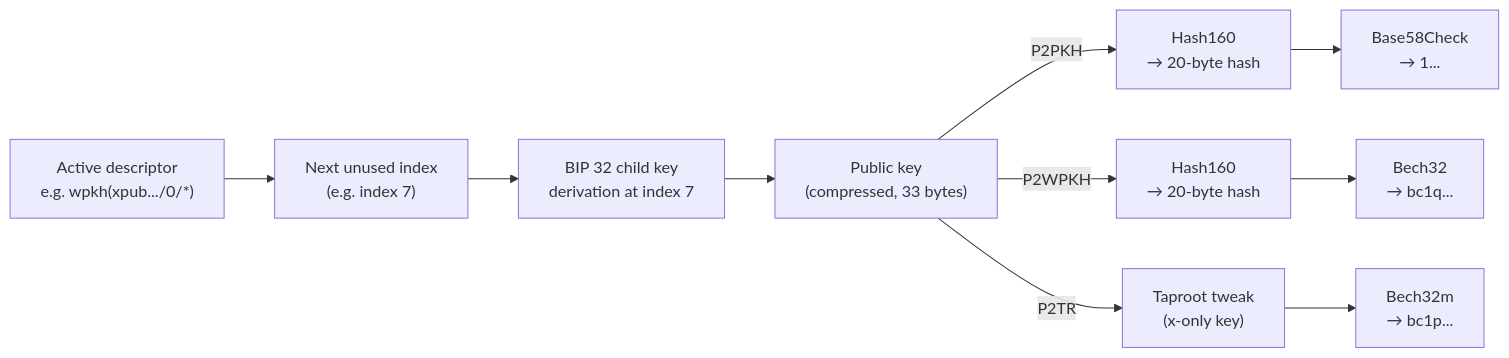
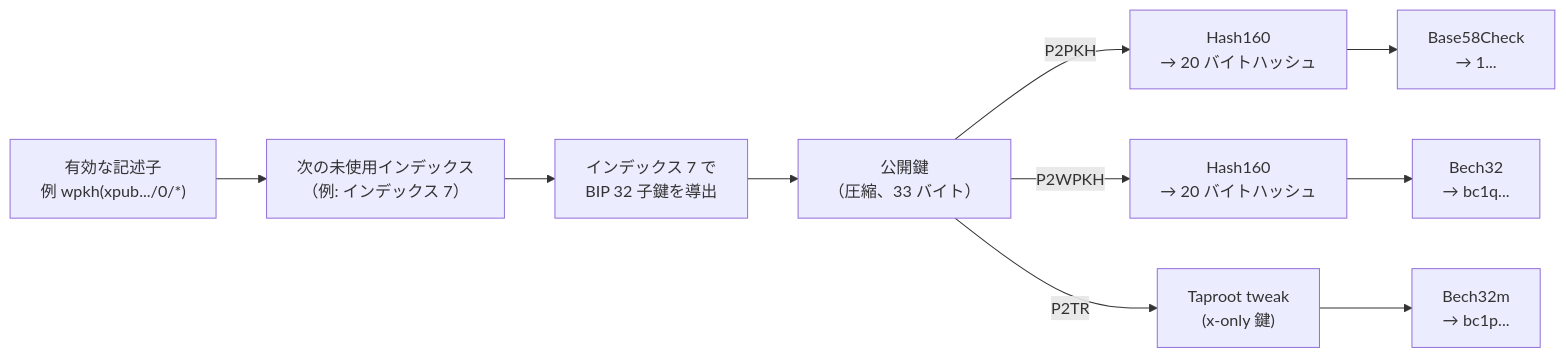
One commit to cypher256/BitcoinArchive changed the third of 7 diagrams in src/data/translations/ja/design/2009-01-03-bitcoin-wallet-design.md. Above: the diagram before and after it, drawn with Mermaid. The commit also changed other lines of this file and 11 other files, not shown here.

````diff
--- a/src/data/translations/ja/design/2009-01-03-bitcoin-wallet-design.md
+++ b/src/data/translations/ja/design/2009-01-03-bitcoin-wallet-design.md
@@ -135,15 +135,15 @@
 ```mermaid
 flowchart LR
-    DESC["Active descriptor\ne.g. wpkh(xpub.../0/*)"] --> IDX["Next unused index\n(e.g. index 7)"]
-    IDX --> DERIVE["BIP 32 child key\nderivation at index 7"]
-    DERIVE --> PK["Public key\n(compressed, 33 bytes)"]
+    DESC["有効な記述子\n例 wpkh(xpub.../0/*)"] --> IDX["次の未使用インデックス\n（例: インデックス 7）"]
+    IDX --> DERIVE["インデックス 7 で\nBIP 32 子鍵を導出"]
+    DERIVE --> PK["公開鍵\n（圧縮、33 バイト）"]
 
-    PK --> |P2PKH| HASH160_1["Hash160\n→ 20-byte hash"]
+    PK --> |P2PKH| HASH160_1["Hash160\n→ 20 バイトハッシュ"]
     HASH160_1 --> BASE58["Base58Check\n→ 1..."]
 
-    PK --> |P2WPKH| HASH160_2["Hash160\n→ 20-byte hash"]
+    PK --> |P2WPKH| HASH160_2["Hash160\n→ 20 バイトハッシュ"]
     HASH160_2 --> BECH32["Bech32\n→ bc1q..."]
 
-    PK --> |P2TR| TWEAK["Taproot tweak\n(x-only key)"]
+    PK --> |P2TR| TWEAK["Taproot tweak\n(x-only 鍵)"]
     TWEAK --> BECH32M["Bech32m\n→ bc1p..."]
 ```
````
